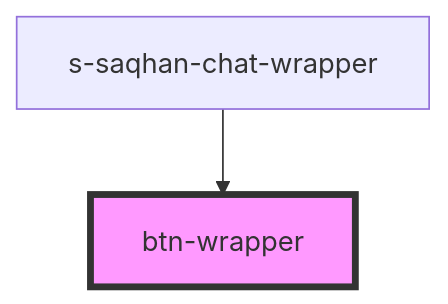
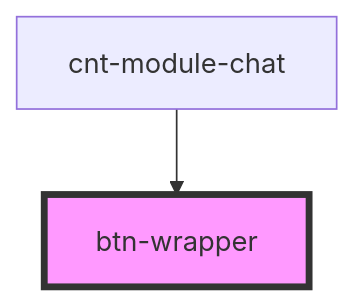
One commit to saqhan/stencil-chat changed the diagram in src/components/module/module-chat/res/view/cnt-module-chat/sub/view/btn-wrapper/readme.md. Above: the diagram before and after it, drawn with Mermaid. The commit also changed other lines of this file and 26 other files, not shown here.

````diff
--- a/src/components/module/module-chat/res/view/cnt-module-chat/sub/view/btn-wrapper/readme.md
+++ b/src/components/module/module-chat/res/view/cnt-module-chat/sub/view/btn-wrapper/readme.md
@@ -30,5 +30,5 @@
 ```mermaid
 graph TD;
-  s-saqhan-chat-wrapper --> btn-wrapper
+  cnt-module-chat --> btn-wrapper
   style btn-wrapper fill:#f9f,stroke:#333,stroke-width:4px
 ```
````
